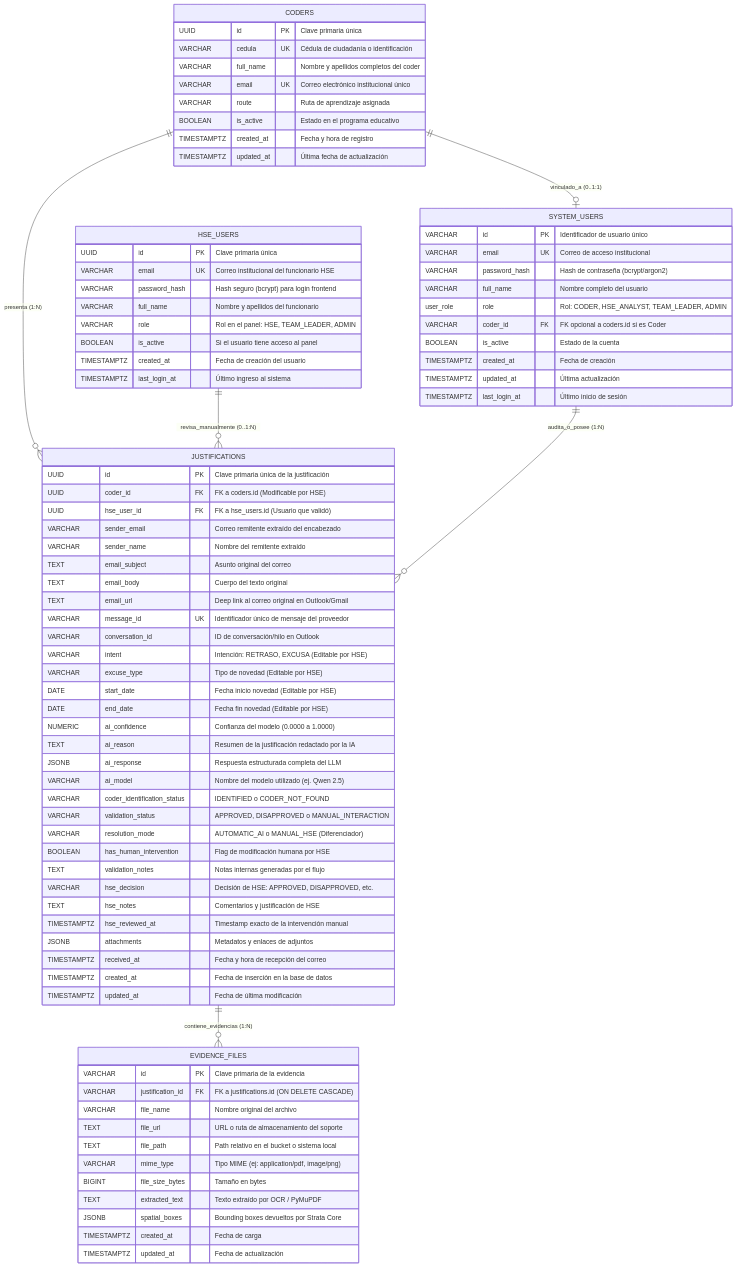
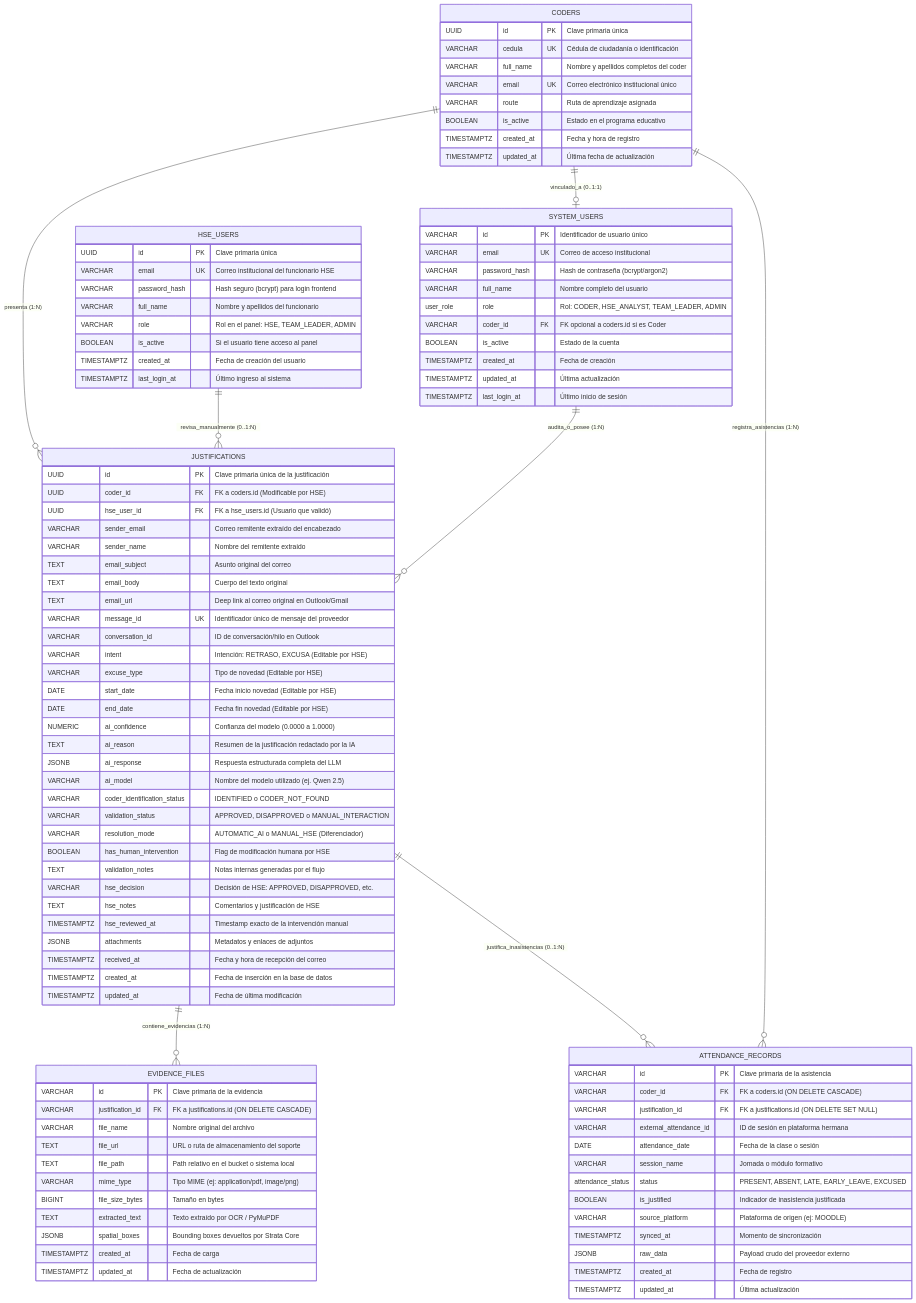
One commit to estebanp26/Email-Automation changed the first of 3 diagrams in database_documentation.md. Above: the diagram before and after it, drawn with Mermaid. The commit also changed other lines of this file and 5 other files, not shown here.

Commit message:
feat(db): [DB-03] tabla attendance_records, vista v_unjustified_absences y triggers de sincronizacion

```diff
--- a/database_documentation.md
+++ b/database_documentation.md
@@ -105,6 +105,8 @@
     HSE_USERS ||--o{ JUSTIFICATIONS : "revisa_manualmente (0..1:N)"
     JUSTIFICATIONS ||--o{ EVIDENCE_FILES : "contiene_evidencias (1:N)"
     SYSTEM_USERS ||--o{ JUSTIFICATIONS : "audita_o_posee (1:N)"
+    CODERS ||--o{ ATTENDANCE_RECORDS : "registra_asistencias (1:N)"
+    JUSTIFICATIONS ||--o{ ATTENDANCE_RECORDS : "justifica_inasistencias (0..1:N)"
 
     CODERS {
         UUID id PK "Clave primaria única"
@@ -140,6 +142,23 @@
         TIMESTAMPTZ created_at "Fecha de creación"
         TIMESTAMPTZ updated_at "Última actualización"
         TIMESTAMPTZ last_login_at "Último inicio de sesión"
+    }
+
+
+    ATTENDANCE_RECORDS {
+        VARCHAR id PK "Clave primaria de la asistencia"
+        VARCHAR coder_id FK "FK a coders.id (ON DELETE CASCADE)"
+        VARCHAR justification_id FK "FK a justifications.id (ON DELETE SET NULL)"
+        VARCHAR external_attendance_id "ID de sesión en plataforma hermana"
+        DATE attendance_date "Fecha de la clase o sesión"
+        VARCHAR session_name "Jornada o módulo formativo"
+        attendance_status status "PRESENT, ABSENT, LATE, EARLY_LEAVE, EXCUSED"
+        BOOLEAN is_justified "Indicador de inasistencia justificada"
+        VARCHAR source_platform "Plataforma de origen (ej: MOODLE)"
+        TIMESTAMPTZ synced_at "Momento de sincronización"
+        JSONB raw_data "Payload crudo del proveedor externo"
+        TIMESTAMPTZ created_at "Fecha de registro"
+        TIMESTAMPTZ updated_at "Última actualización"
     }
 
     EVIDENCE_FILES {
```
